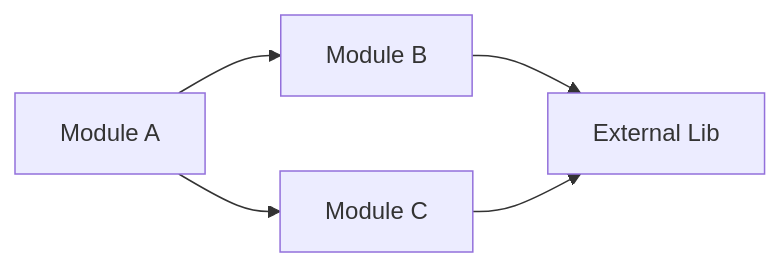
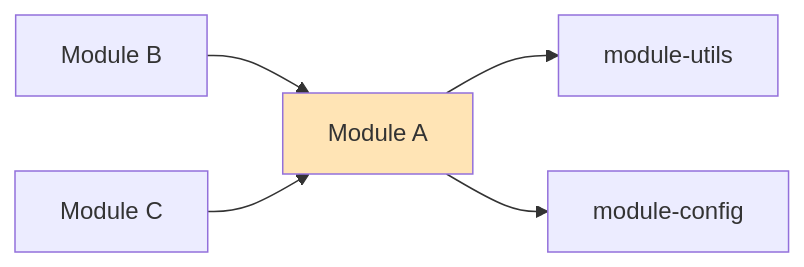
One commit to kakukaops/deepwiki-rs changed the third of 6 diagrams in skills/smart-docs-single-gpt/skill.md. Above: the diagram before and after it, drawn with Mermaid. The commit also changed other lines of this file and 110 other files, not shown here.

````diff
--- a/skills/smart-docs-single-gpt/skill.md
+++ b/skills/smart-docs-single-gpt/skill.md
@@ -657,7 +1750,15 @@
 ```mermaid
 graph LR
-    A[Module A] --> B[Module B]
-    A --> C[Module C]
-    B --> D[External Lib]
-    C --> D
+    ModuleA[Module A]
+    ModuleB[Module B]
+    ModuleC[Module C]
+    Utils[module-utils]
+    Config[module-config]
+    
+    ModuleA --> Utils
+    ModuleA --> Config
+    ModuleB --> ModuleA
+    ModuleC --> ModuleA
+    
+    style ModuleA fill:#FFE4B5
 ```
````
